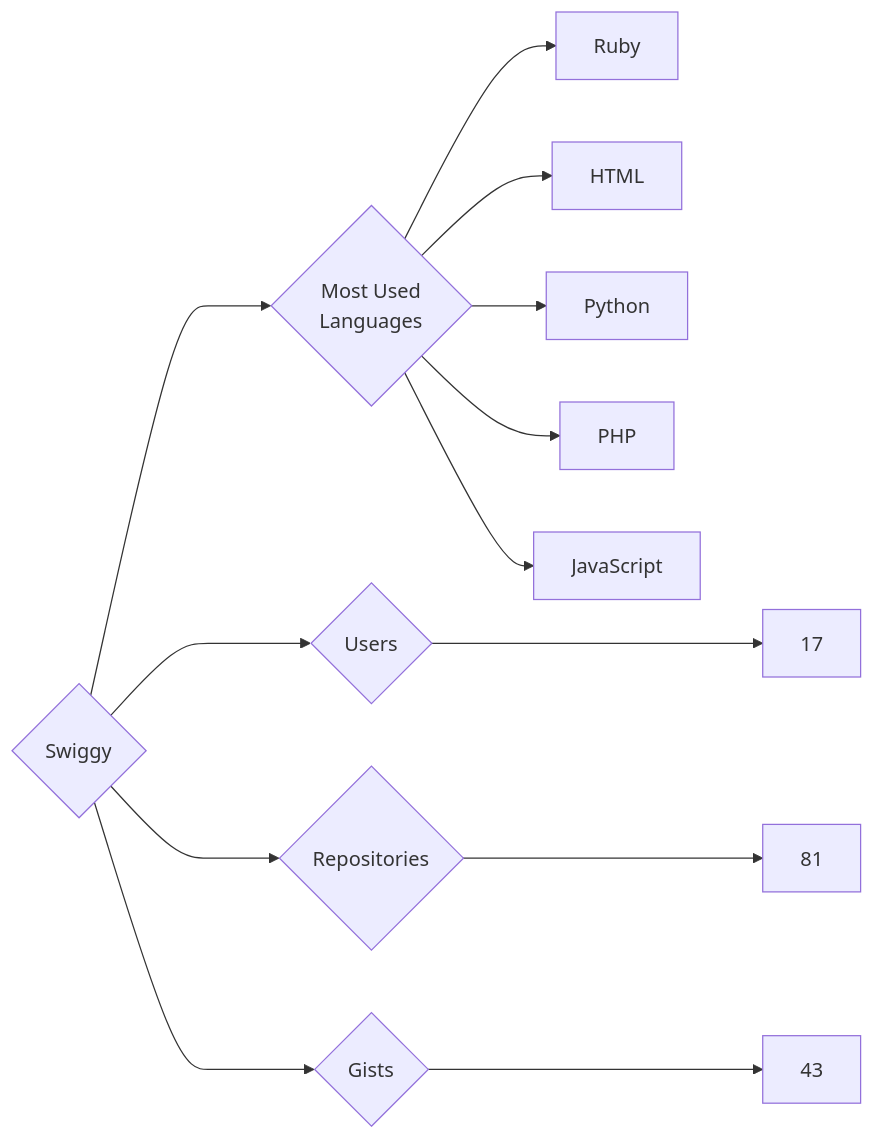
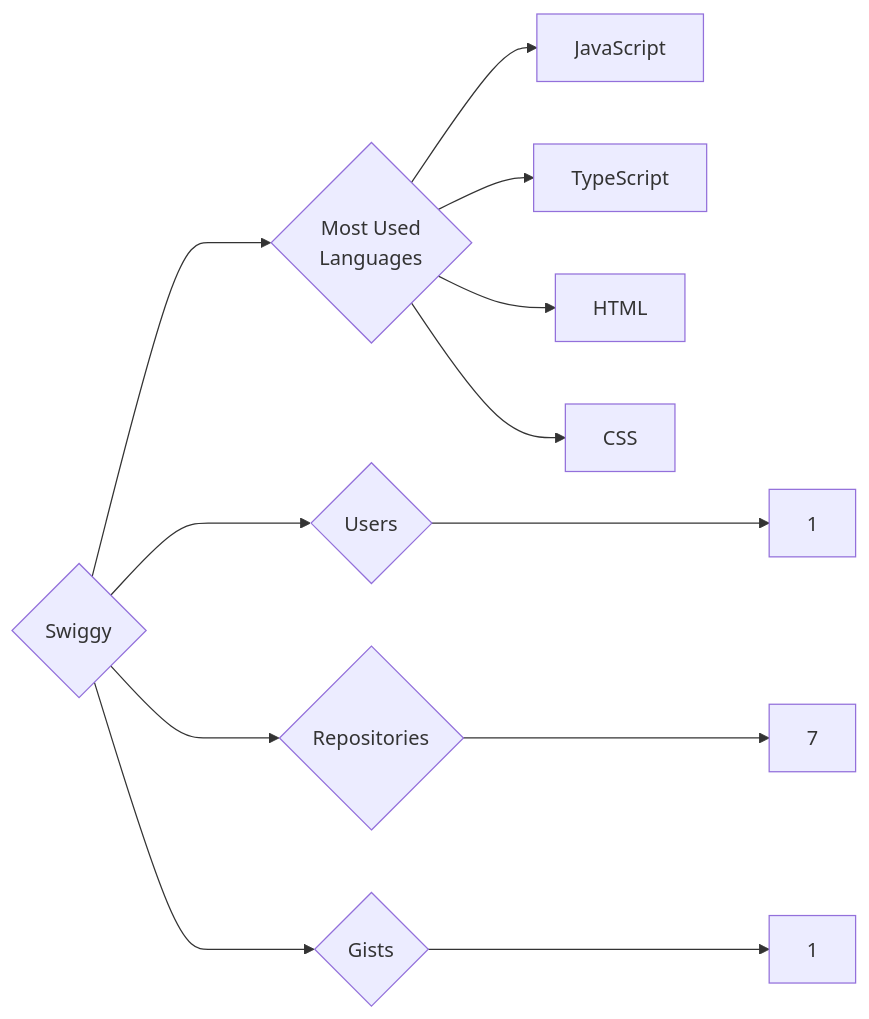
Before and after one commit to trickest/insiders: the diagram in targets/Swiggy/README.md, drawn with Mermaid. The commit also changed 677 other files, not shown here.

````diff
--- a/targets/Swiggy/README.md
+++ b/targets/Swiggy/README.md
@@ -3,13 +3,12 @@
 ```mermaid
 graph LR
 COMPANY_NAME{Swiggy}
-COMPANY_NAME ---> U{Users} ---> UN[17]
-COMPANY_NAME ---> R{Repositories} ---> RN[81]
-COMPANY_NAME ---> G{Gists} ---> GN[43]
+COMPANY_NAME ---> U{Users} ---> UN[1]
+COMPANY_NAME ---> R{Repositories} ---> RN[7]
+COMPANY_NAME ---> G{Gists} ---> GN[1]
 COMPANY_NAME ---> ML{Most Used<br>Languages}
-ML --> Ruby[Ruby]
+ML --> JavaScript[JavaScript]
+ML --> TypeScript[TypeScript]
 ML --> HTML[HTML]
-ML --> Python[Python]
-ML --> PHP[PHP]
-ML --> JavaScript[JavaScript]
+ML --> CSS[CSS]
 ```
````
